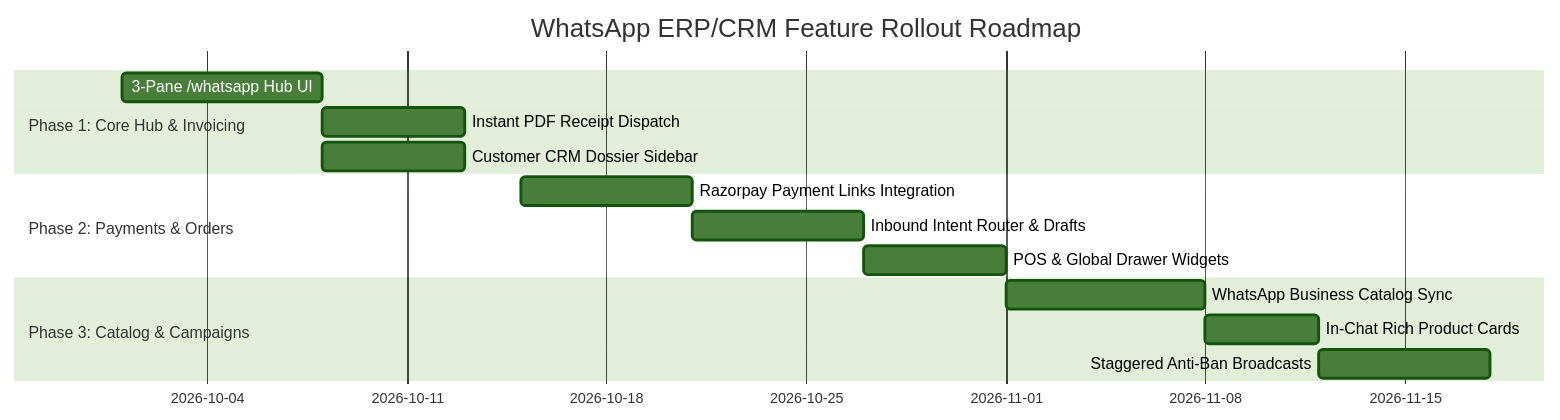
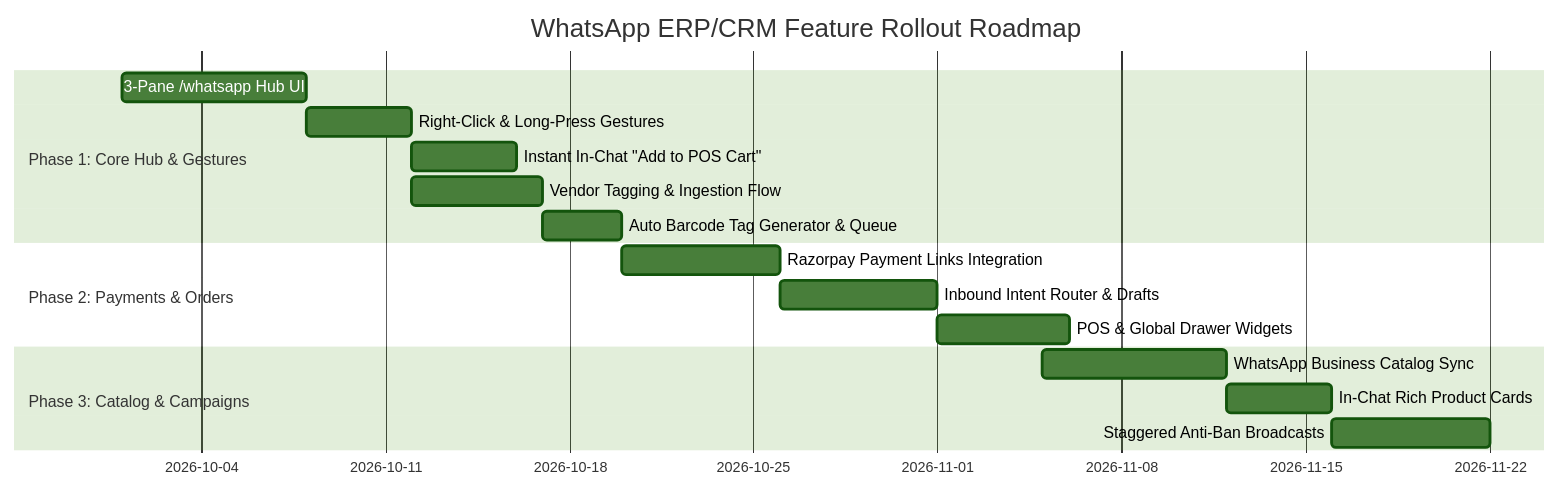
Before and after one commit to sivanandz/luminila_ERP: the seventh of 7 diagrams in docs/WHATSAPP_ERP_CRM_SPECIFICATION.md, drawn with Mermaid (forest theme). The commit also changed other lines of this file, not shown here.

Commit message:
docs: add vendor tagging, context gestures, auto barcode generation, and in-chat POS cart staging

````diff
--- a/docs/WHATSAPP_ERP_CRM_SPECIFICATION.md
+++ b/docs/WHATSAPP_ERP_CRM_SPECIFICATION.md
@@ -379,17 +503,19 @@
 ```mermaid
 gantt
     title WhatsApp ERP/CRM Feature Rollout Roadmap
     dateFormat  YYYY-MM-DD
-    section Phase 1: Core Hub & Invoicing
-    3-Pane /whatsapp Hub UI           :a1, 2026-10-01, 7d
-    Instant PDF Receipt Dispatch      :a2, after a1, 5d
-    Customer CRM Dossier Sidebar      :a3, after a1, 5d
+    section Phase 1: Core Hub & Gestures
+    3-Pane /whatsapp Hub UI            :a1, 2026-10-01, 7d
+    Right-Click & Long-Press Gestures :a2, after a1, 4d
+    Instant In-Chat "Add to POS Cart"  :a3, after a2, 4d
+    Vendor Tagging & Ingestion Flow    :a4, after a2, 5d
+    Auto Barcode Tag Generator & Queue :a5, after a4, 3d
     section Phase 2: Payments & Orders
-    Razorpay Payment Links Integration:b1, 2026-10-15, 6d
-    Inbound Intent Router & Drafts    :b2, after b1, 6d
-    POS & Global Drawer Widgets       :b3, after b2, 5d
+    Razorpay Payment Links Integration :b1, 2026-10-20, 6d
+    Inbound Intent Router & Drafts     :b2, after b1, 6d
+    POS & Global Drawer Widgets        :b3, after b2, 5d
     section Phase 3: Catalog & Campaigns
-    WhatsApp Business Catalog Sync    :c1, 2026-11-01, 7d
-    In-Chat Rich Product Cards        :c2, after c1, 4d
-    Staggered Anti-Ban Broadcasts     :c3, after c2, 6d
+    WhatsApp Business Catalog Sync     :c1, 2026-11-05, 7d
+    In-Chat Rich Product Cards         :c2, after c1, 4d
+    Staggered Anti-Ban Broadcasts      :c3, after c2, 6d
 ```
````
